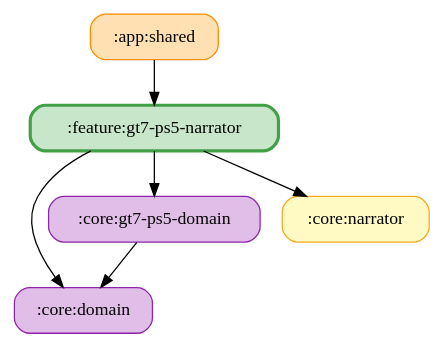
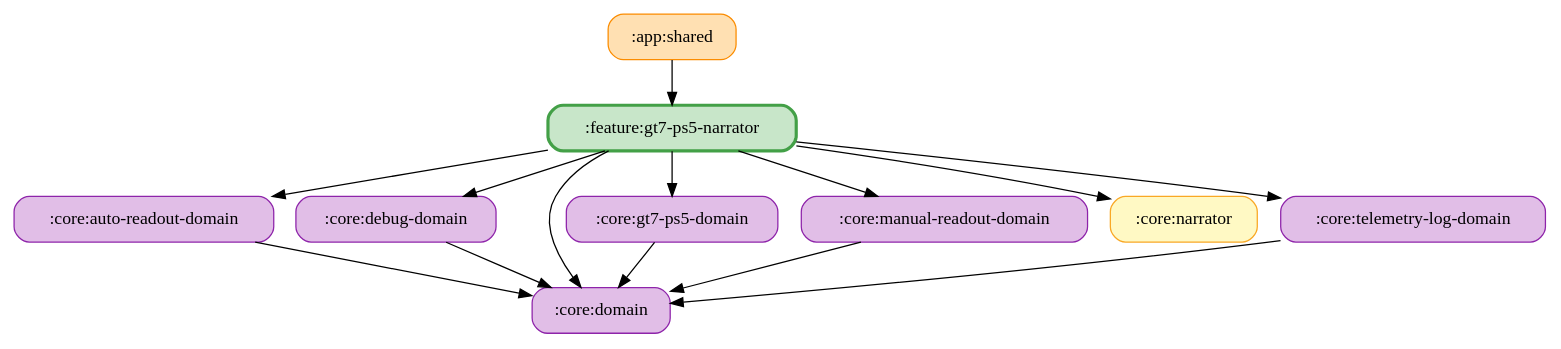
The diagram in docs/graphs/feature-gt7-ps5-narrator.gv (ai-kurou/KoDriver), drawn with Graphviz before and after one commit. The commit also changed 1047 other files, not shown here.

```diff
--- a/docs/graphs/feature-gt7-ps5-narrator.gv
+++ b/docs/graphs/feature-gt7-ps5-narrator.gv
@@ -1,14 +1,26 @@
 digraph G {
   rankdir=TB
   node [shape=box, style="rounded,filled"]
   ":app:shared" [fillcolor="#FFE0B2", color="#FB8C00", penwidth=1]
+  ":core:auto-readout-domain" [fillcolor="#E1BEE7", color="#8E24AA", penwidth=1]
+  ":core:debug-domain" [fillcolor="#E1BEE7", color="#8E24AA", penwidth=1]
   ":core:domain" [fillcolor="#E1BEE7", color="#8E24AA", penwidth=1]
   ":core:gt7-ps5-domain" [fillcolor="#E1BEE7", color="#8E24AA", penwidth=1]
+  ":core:manual-readout-domain" [fillcolor="#E1BEE7", color="#8E24AA", penwidth=1]
   ":core:narrator" [fillcolor="#FFF9C4", color="#F9A825", penwidth=1]
+  ":core:telemetry-log-domain" [fillcolor="#E1BEE7", color="#8E24AA", penwidth=1]
   ":feature:gt7-ps5-narrator" [fillcolor="#C8E6C9", color="#43A047", penwidth=2.5]
   ":app:shared" -> ":feature:gt7-ps5-narrator"
+  ":core:auto-readout-domain" -> ":core:domain"
+  ":core:debug-domain" -> ":core:domain"
   ":core:gt7-ps5-domain" -> ":core:domain"
+  ":core:manual-readout-domain" -> ":core:domain"
+  ":core:telemetry-log-domain" -> ":core:domain"
   ":feature:gt7-ps5-narrator" -> ":core:domain"
+  ":feature:gt7-ps5-narrator" -> ":core:auto-readout-domain"
+  ":feature:gt7-ps5-narrator" -> ":core:telemetry-log-domain"
   ":feature:gt7-ps5-narrator" -> ":core:gt7-ps5-domain"
+  ":feature:gt7-ps5-narrator" -> ":core:debug-domain"
+  ":feature:gt7-ps5-narrator" -> ":core:manual-readout-domain"
   ":feature:gt7-ps5-narrator" -> ":core:narrator"
 }
```
